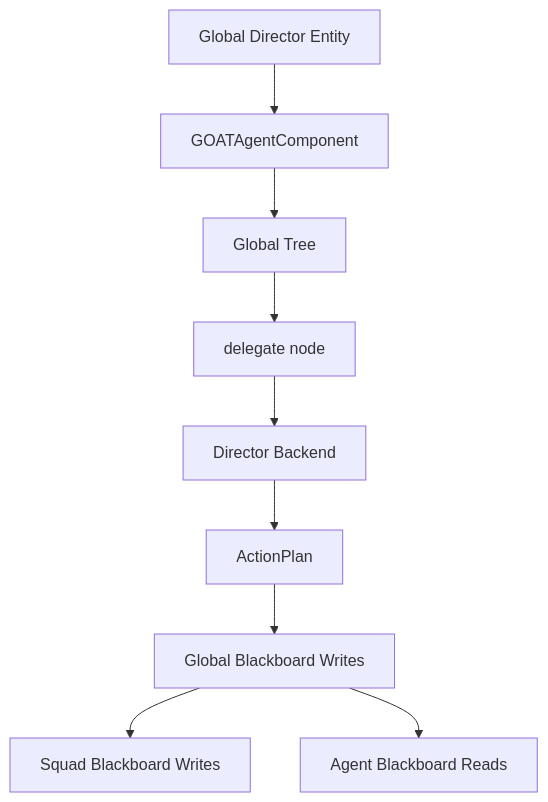
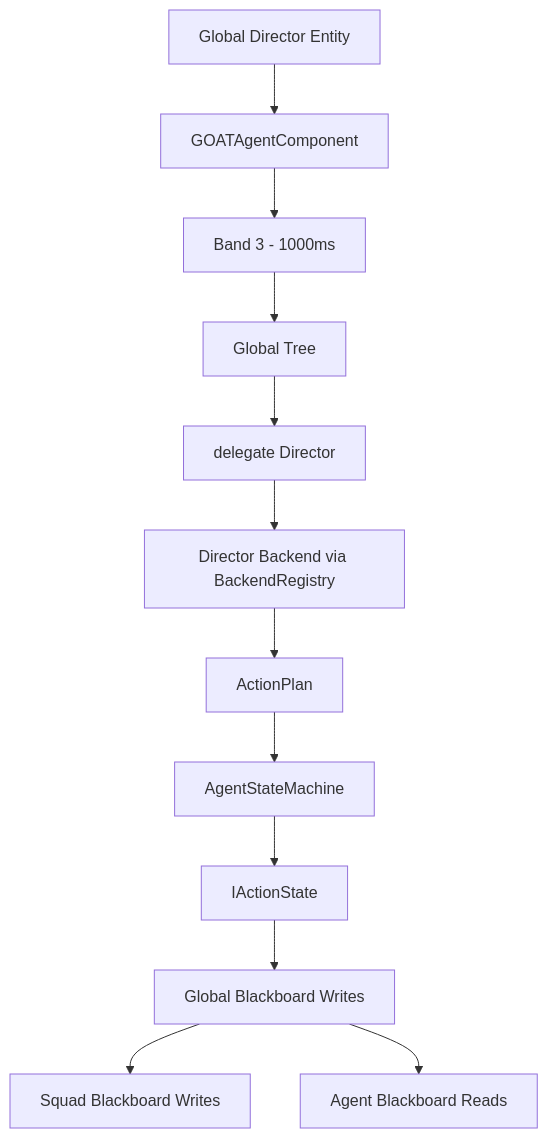
The first of 3 diagrams in Docs/01 - Architecture/Director AI.md (jabbadablack/G.O.A.T), drawn with Mermaid before and after one commit. The commit also changed other lines of this file and 82 other files, not shown here.

````diff
--- a/Docs/01 - Architecture/Director AI.md
+++ b/Docs/01 - Architecture/Director AI.md
@@ -25,11 +25,14 @@
 ```mermaid
 graph TD
     A[Global Director Entity] --> B[GOATAgentComponent]
-    B --> C[Global Tree]
-    C --> D[delegate node]
-    D --> E[Director Backend]
-    E --> F[ActionPlan]
-    F --> G[Global Blackboard Writes]
-    G --> H[Squad Blackboard Writes]
-    G --> I[Agent Blackboard Reads]
+    B --> C[Band 3 - 1000ms]
+    C --> D[Global Tree]
+    D --> E[delegate Director]
+    E --> F[Director Backend via BackendRegistry]
+    F --> G[ActionPlan]
+    G --> H[AgentStateMachine]
+    H --> I[IActionState]
+    I --> J[Global Blackboard Writes]
+    J --> K[Squad Blackboard Writes]
+    J --> L[Agent Blackboard Reads]
 ```
````
